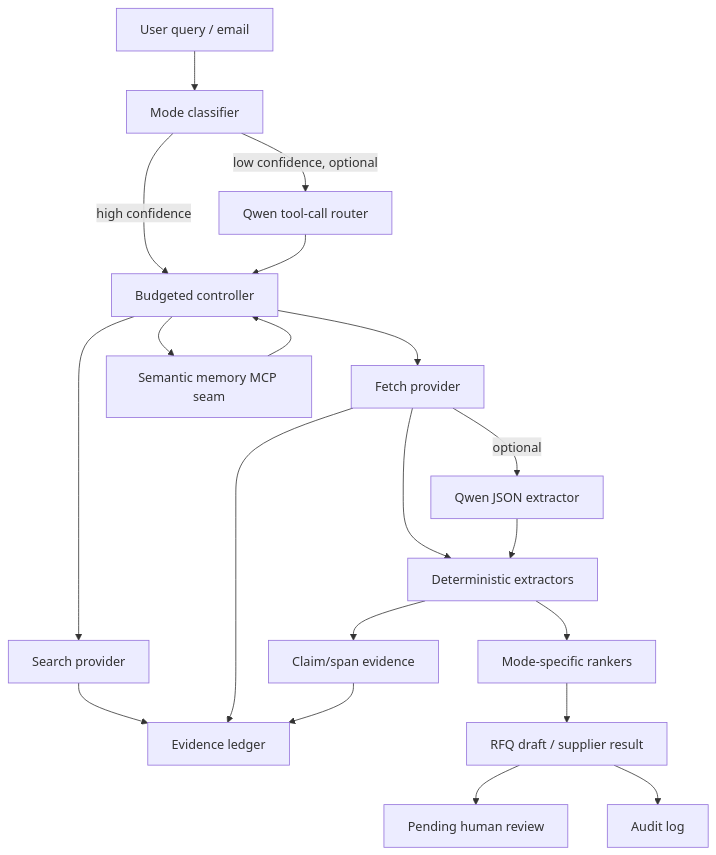
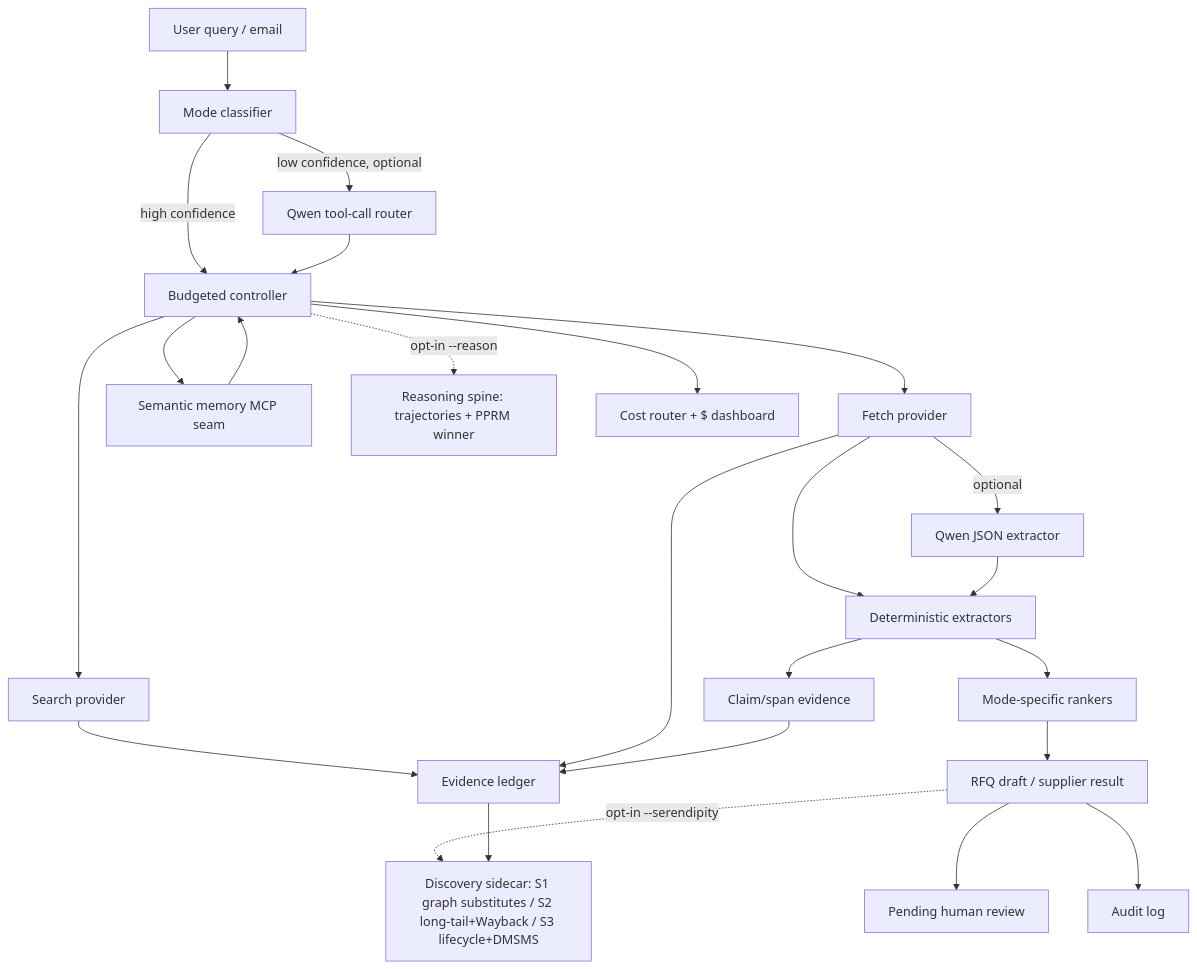
One commit to leprekonsg/spider-qwen changed the diagram in README.md. Above: the diagram before and after it, drawn with Mermaid. The commit also changed other lines of this file and 8 other files, not shown here.

````diff
--- a/README.md
+++ b/README.md
@@ -125,22 +153,26 @@
 ```mermaid
 flowchart TD
   Q["User query / email"] --> C["Mode classifier"]
   C -->|high confidence| B["Budgeted controller"]
   C -->|low confidence, optional| QR["Qwen tool-call router"]
   QR --> B
   B --> S["Search provider"]
   B --> F["Fetch provider"]
   S --> L["Evidence ledger"]
   F --> L
   F --> X["Deterministic extractors"]
   F -->|optional| QJ["Qwen JSON extractor"]
   QJ --> X
   X --> CL["Claim/span evidence"]
   CL --> L
   B --> M["Semantic memory MCP seam"]
   M --> B
   X --> R["Mode-specific rankers"]
   R --> RFQ["RFQ draft / supplier result"]
   RFQ --> H["Pending human review"]
   RFQ --> A["Audit log"]
+  B -. "opt-in --reason" .-> RS["Reasoning spine: trajectories + PPRM winner"]
+  RFQ -. "opt-in --serendipity" .-> SD["Discovery sidecar: S1 graph substitutes / S2 long-tail+Wayback / S3 lifecycle+DMSMS"]
+  L --> SD
+  B --> CR["Cost router + $ dashboard"]
 ```
````
